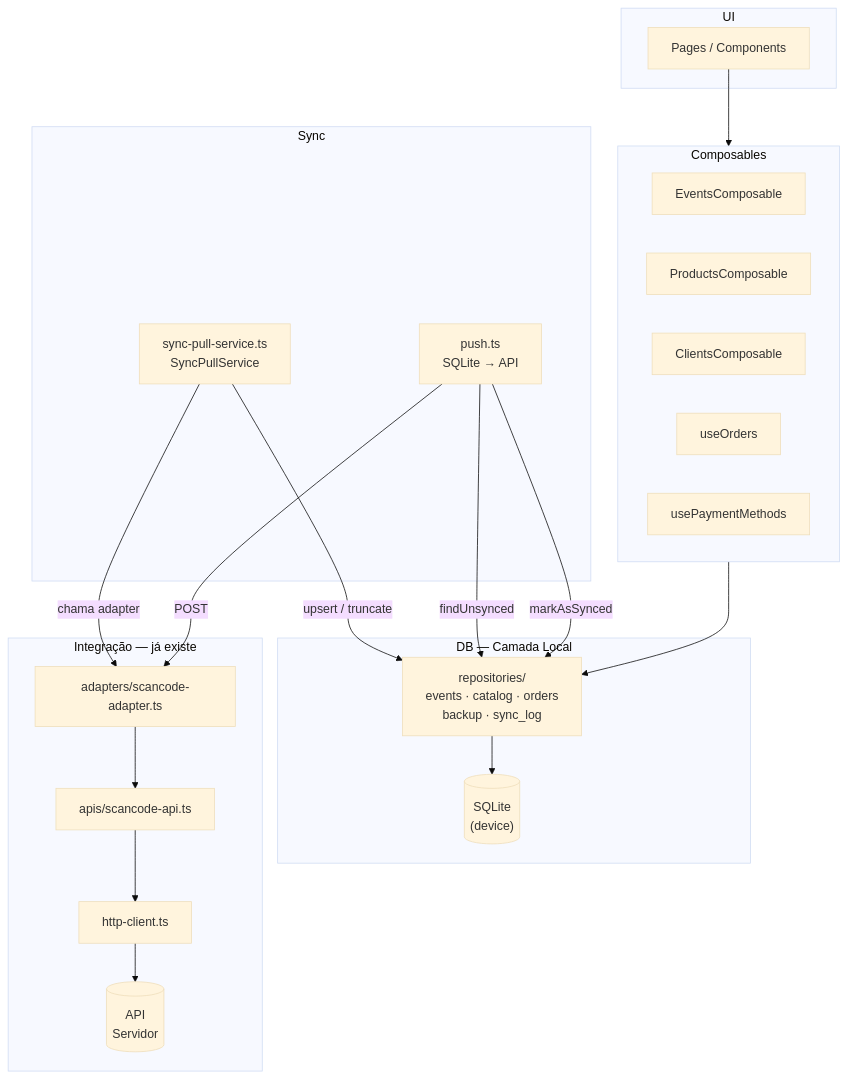
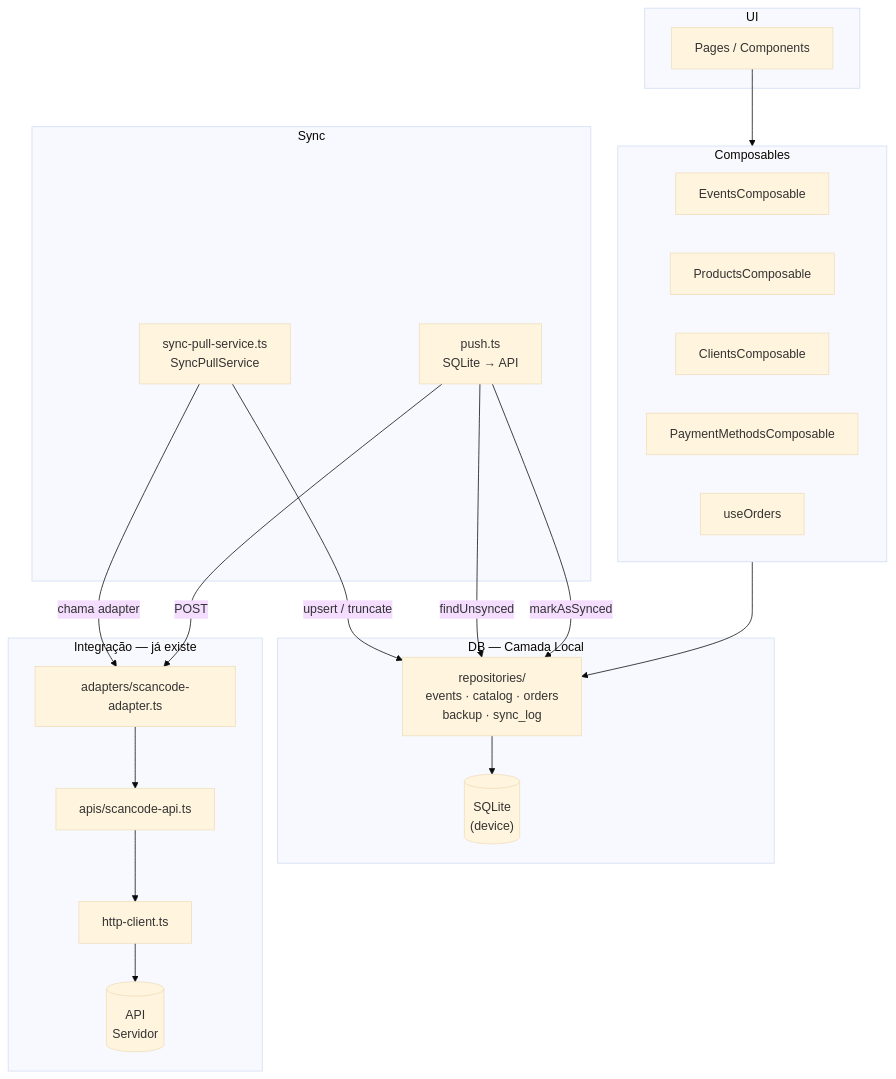
Before and after one commit to LeonardoBAV/scancode-app-sample: the diagram in specs/00-architecture.md, drawn with Mermaid (base theme). The commit also changed other lines of this file and 15 other files, not shown here.

````diff
--- a/specs/00-architecture.md
+++ b/specs/00-architecture.md
@@ -66,45 +66,45 @@
 ```mermaid
 flowchart TD
     subgraph ui [UI]
         Pages["Pages / Components"]
     end
 
     subgraph composables [Composables]
         EventsComposable["EventsComposable"]
         ProductsComposable["ProductsComposable"]
         ClientsComposable["ClientsComposable"]
+        PaymentMethodsComposable["PaymentMethodsComposable"]
         useOrders["useOrders"]
-        usePaymentMethods["usePaymentMethods"]
     end
 
     subgraph db [DB — Camada Local]
         Repos["repositories/\nevents · catalog · orders\nbackup · sync_log"]
         SQLite[("SQLite\n(device)")]
     end
 
     subgraph sync [Sync]
         SyncPull["sync-pull-service.ts\nSyncPullService"]
         Push["push.ts\nSQLite → API"]
     end
 
     subgraph integration [Integração — já existe]
         Adapter["adapters/scancode-adapter.ts"]
         ApiFile["apis/scancode-api.ts"]
         HttpClient["http-client.ts"]
         API[("API\nServidor")]
     end
 
     Pages --> composables
     composables --> Repos
     Repos --> SQLite
 
     SyncPull -->|"chama adapter"| Adapter
     SyncPull -->|"upsert / truncate"| Repos
     Push -->|"findUnsynced"| Repos
     Push -->|"POST"| Adapter
     Push -->|"markAsSynced"| Repos
 
     Adapter --> ApiFile
     ApiFile --> HttpClient
     HttpClient --> API
 ```
````
